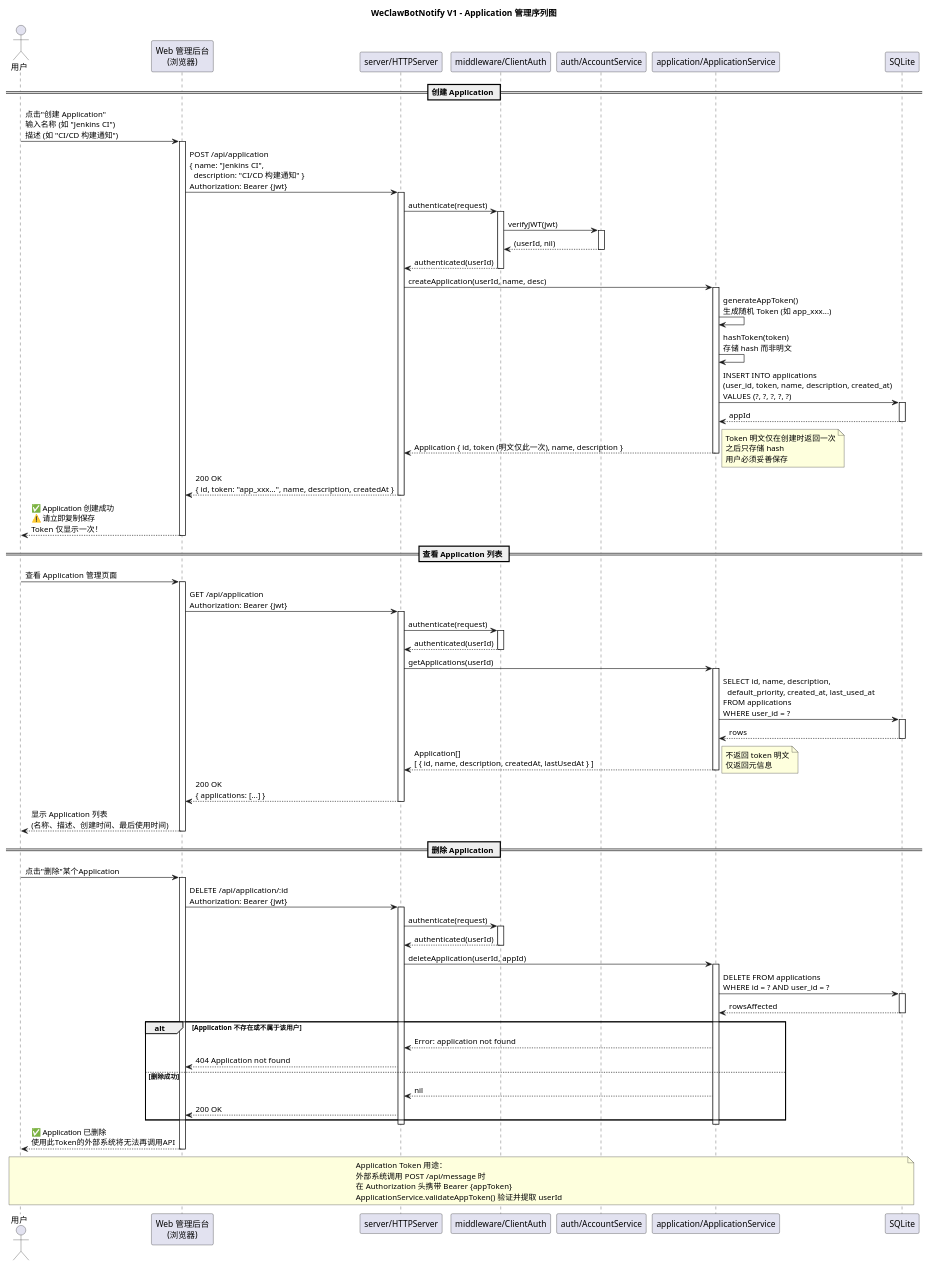
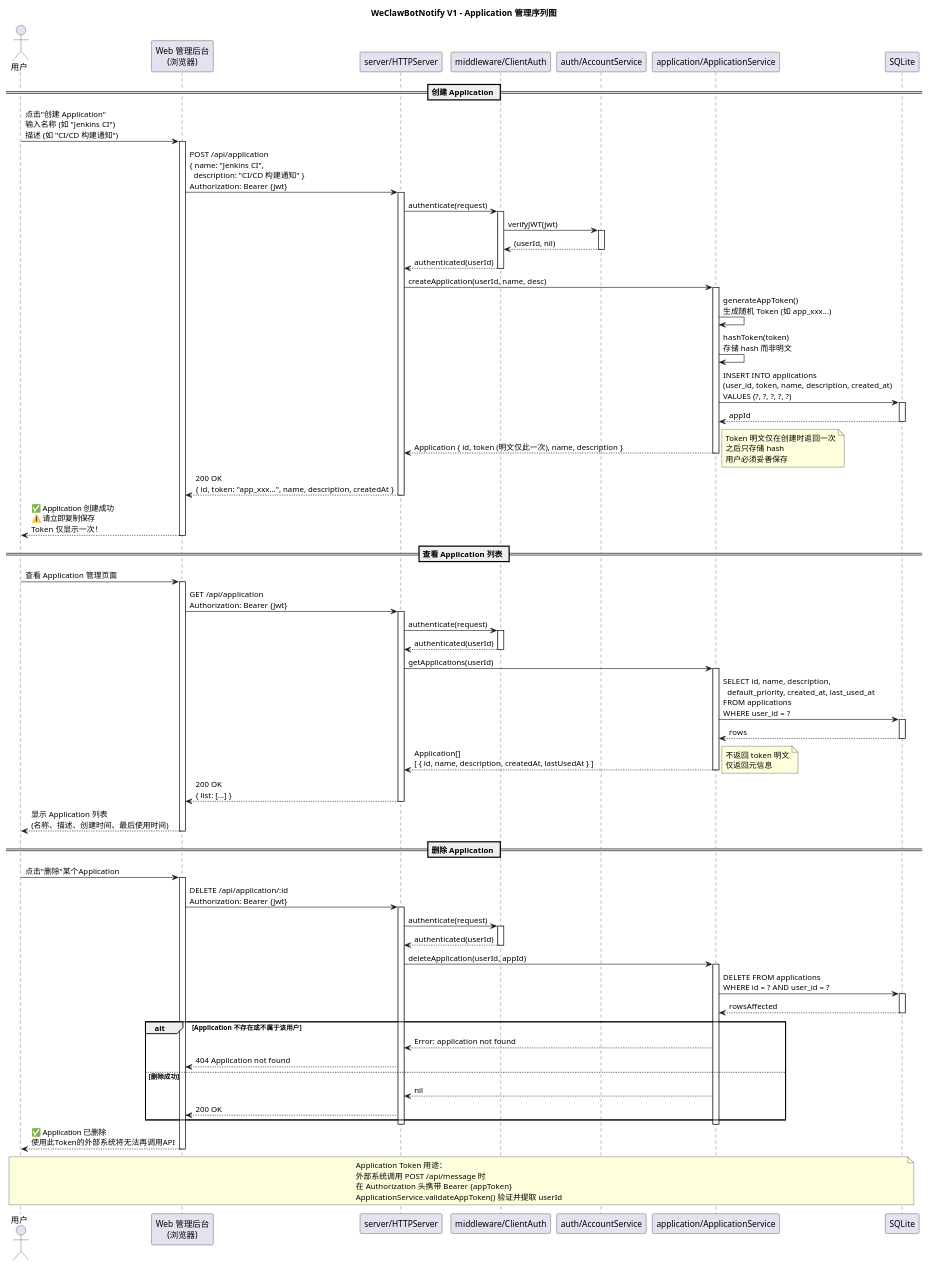
Before and after one commit to loommii/weclawbotnotify: the diagram in docs/uml/07-sequence-broadcast.puml, drawn with PlantUML. The commit also changed 5 other files, not shown here.

```diff
--- a/docs/uml/07-sequence-broadcast.puml
+++ b/docs/uml/07-sequence-broadcast.puml
@@ -1,132 +1,132 @@
 @startuml WeClawBotNotify_ApplicationSequence
 
 title WeClawBotNotify V1 - Application 管理序列图
 
 actor "用户" as User
 participant "Web 管理后台\n(浏览器)" as Web
 participant "server/HTTPServer" as API
 participant "middleware/ClientAuth" as ClientAuth
 participant "auth/AccountService" as AccountSvc
 participant "application/ApplicationService" as AppSvc
 participant "SQLite" as DB
 
 == 创建 Application ==
 
 User -> Web : 点击"创建 Application"\n输入名称 (如 "Jenkins CI")\n描述 (如 "CI/CD 构建通知")
 activate Web
 
 Web -> API : POST /api/application\n{ name: "Jenkins CI",\n  description: "CI/CD 构建通知" }\nAuthorization: Bearer {jwt}
 activate API
 
 API -> ClientAuth : authenticate(request)
 activate ClientAuth
 ClientAuth -> AccountSvc : verifyJWT(jwt)
 activate AccountSvc
 AccountSvc --> ClientAuth : (userId, nil)
 deactivate AccountSvc
 ClientAuth --> API : authenticated(userId)
 deactivate ClientAuth
 
 API -> AppSvc : createApplication(userId, name, desc)
 activate AppSvc
 
 AppSvc -> AppSvc : generateAppToken()\n生成随机 Token (如 app_xxx...)
 
 AppSvc -> AppSvc : hashToken(token)\n存储 hash 而非明文
 
 AppSvc -> DB : INSERT INTO applications\n(user_id, token, name, description, created_at)\nVALUES (?, ?, ?, ?, ?)
 activate DB
 DB --> AppSvc : appId
 deactivate DB
 
 AppSvc --> API : Application { id, token (明文仅此一次), name, description }
 note right
   Token 明文仅在创建时返回一次
   之后只存储 hash
   用户必须妥善保存
 end note
 deactivate AppSvc
 
 API --> Web : 200 OK\n{ id, token: "app_xxx...", name, description, createdAt }
 deactivate API
 
 Web --> User : ✅ Application 创建成功\n⚠️ 请立即复制保存\nToken 仅显示一次！
 deactivate Web
 
 == 查看 Application 列表 ==
 
 User -> Web : 查看 Application 管理页面
 activate Web
 
 Web -> API : GET /api/application\nAuthorization: Bearer {jwt}
 activate API
 
 API -> ClientAuth : authenticate(request)
 activate ClientAuth
 ClientAuth --> API : authenticated(userId)
 deactivate ClientAuth
 
 API -> AppSvc : getApplications(userId)
 activate AppSvc
 
 AppSvc -> DB : SELECT id, name, description,\n  default_priority, created_at, last_used_at\nFROM applications\nWHERE user_id = ?
 activate DB
 DB --> AppSvc : rows
 deactivate DB
 
 AppSvc --> API : Application[]\n[ { id, name, description, createdAt, lastUsedAt } ]
 note right
   不返回 token 明文
   仅返回元信息
 end note
 deactivate AppSvc
 
-API --> Web : 200 OK\n{ applications: [...] }
+API --> Web : 200 OK\n{ list: [...] }
 deactivate API
 
 Web --> User : 显示 Application 列表\n(名称、描述、创建时间、最后使用时间)
 deactivate Web
 
 == 删除 Application ==
 
 User -> Web : 点击"删除"某个Application
 activate Web
 
 Web -> API : DELETE /api/application/:id\nAuthorization: Bearer {jwt}
 activate API
 
 API -> ClientAuth : authenticate(request)
 activate ClientAuth
 ClientAuth --> API : authenticated(userId)
 deactivate ClientAuth
 
 API -> AppSvc : deleteApplication(userId, appId)
 activate AppSvc
 
 AppSvc -> DB : DELETE FROM applications\nWHERE id = ? AND user_id = ?
 activate DB
 DB --> AppSvc : rowsAffected
 deactivate DB
 
 alt Application 不存在或不属于该用户
   AppSvc --> API : Error: application not found
   API --> Web : 404 Application not found
 else 删除成功
   AppSvc --> API : nil
   API --> Web : 200 OK
 end
 deactivate AppSvc
 
 deactivate API
 
 Web --> User : ✅ Application 已删除\n使用此Token的外部系统将无法再调用API
 deactivate Web
 
 note over User, DB
   Application Token 用途：
   外部系统调用 POST /api/message 时
   在 Authorization 头携带 Bearer {appToken}
   ApplicationService.validateAppToken() 验证并提取 userId
 end note
 
 @enduml
```
